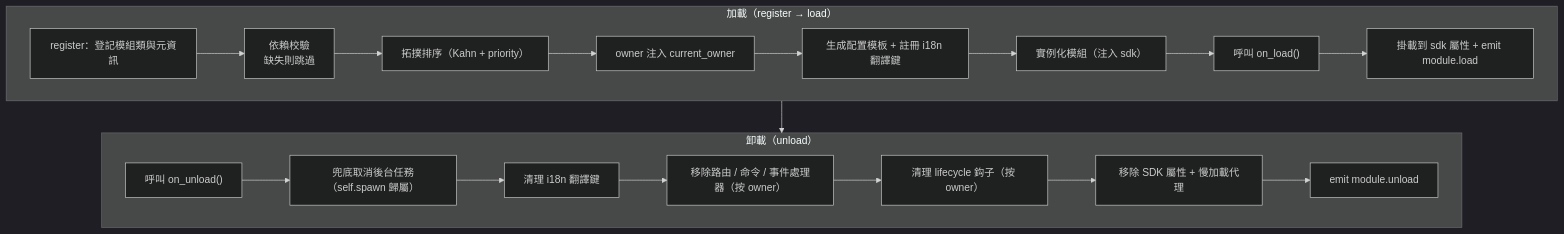
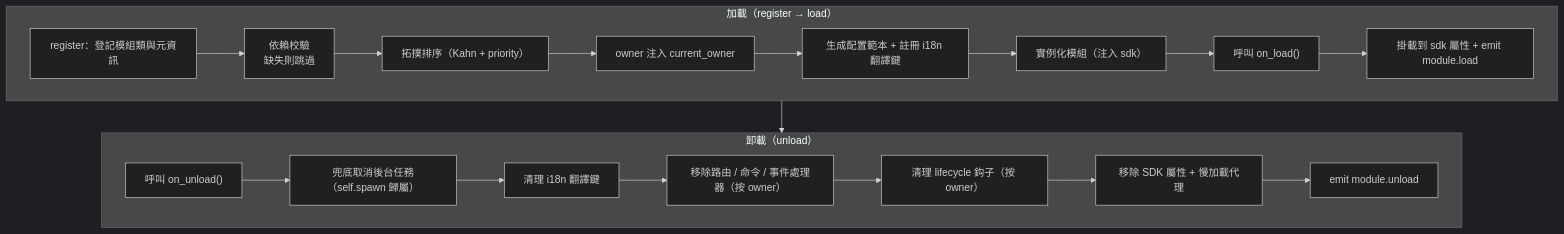
The diagram in docs/zh-TW/developer-guide/modules/core-concepts.md (ErisPulse/ErisPulse), drawn with Mermaid (dark theme) before and after one commit. The commit also changed other lines of this file and 622 other files, not shown here.

````diff
--- a/docs/zh-TW/developer-guide/modules/core-concepts.md
+++ b/docs/zh-TW/developer-guide/modules/core-concepts.md
@@ -90,23 +90,23 @@
 ```mermaid
 flowchart TD
     subgraph Load["加載（register → load）"]
         L1["register：登記模組類與元資訊"] --> L2["依賴校驗<br/>缺失則跳過"]
         L2 --> L3["拓撲排序（Kahn + priority）"]
         L3 --> L4["owner 注入 current_owner"]
-        L4 --> L5["生成配置模板 + 註冊 i18n 翻譯鍵"]
+        L4 --> L5["生成配置範本 + 註冊 i18n 翻譯鍵"]
         L5 --> L6["實例化模組（注入 sdk）"]
         L6 --> L7["呼叫 on_load()"]
         L7 --> L8["掛載到 sdk 屬性 + emit module.load"]
     end
 
     subgraph Unload["卸載（unload）"]
         U1["呼叫 on_unload()"] --> U2["兜底取消後台任務（self.spawn 歸屬）"]
         U2 --> U3["清理 i18n 翻譯鍵"]
         U3 --> U4["移除路由 / 命令 / 事件處理器（按 owner）"]
         U4 --> U5["清理 lifecycle 鈎子（按 owner）"]
         U5 --> U6["移除 SDK 屬性 + 慢加載代理"]
         U6 --> U7["emit module.unload"]
     end
 
     Load --> Unload
 ```
````
